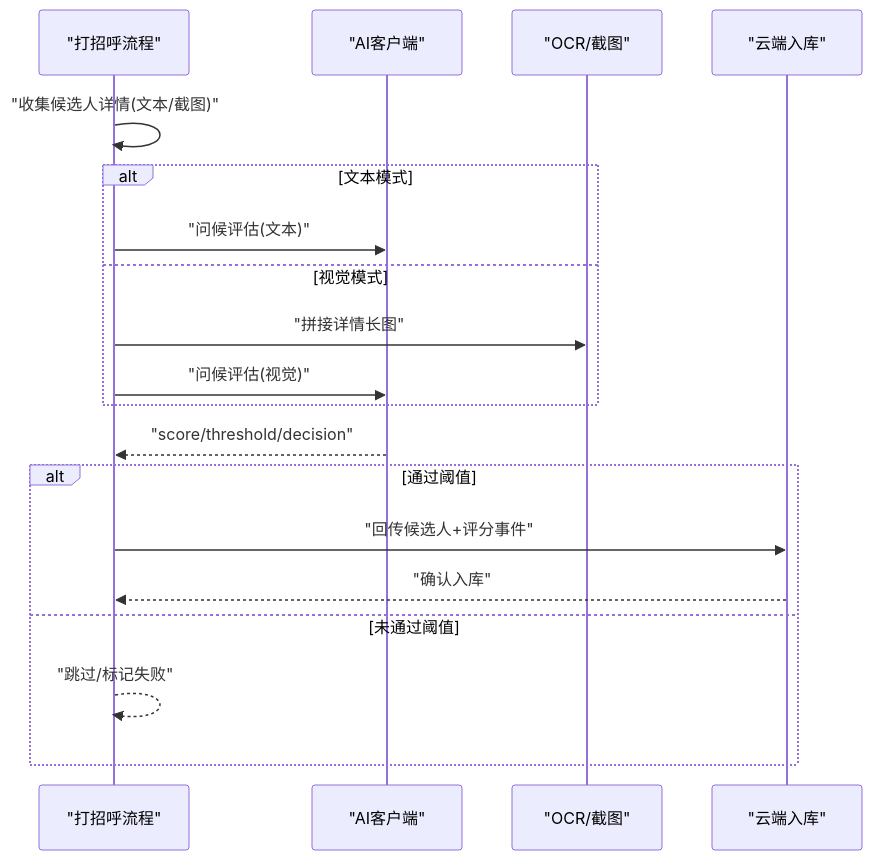
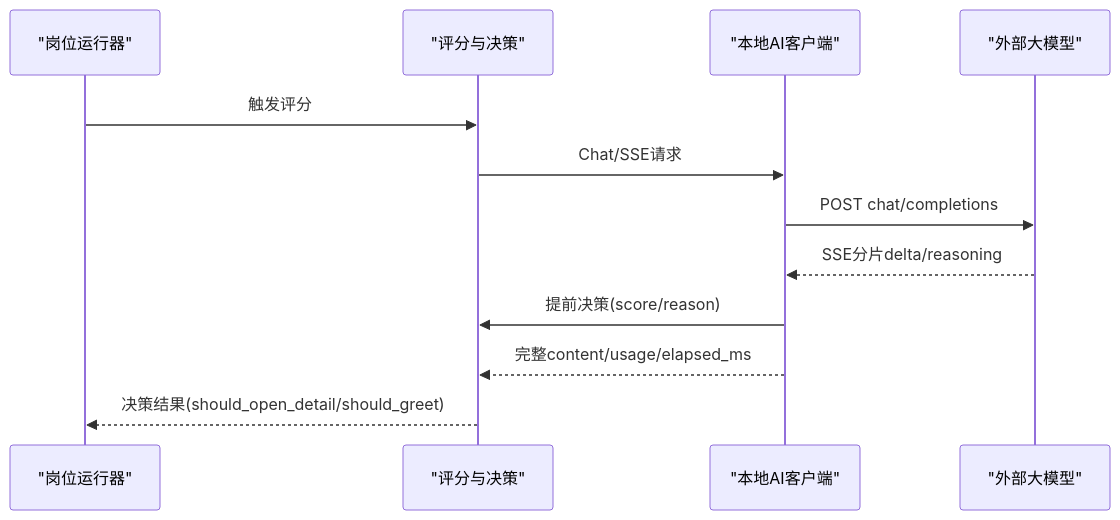
Before and after one commit to alvinwangzi/goodhr: the seventh of 9 diagrams in .qoder/repowiki/zh/content/云端后端服务/候选人处理系统/AI匹配评分/AI评分算法.md, drawn with Mermaid. The commit also changed other lines of this file and 149 other files, not shown here.

````diff
--- a/.qoder/repowiki/zh/content/云端后端服务/候选人处理系统/AI匹配评分/AI评分算法.md
+++ b/.qoder/repowiki/zh/content/云端后端服务/候选人处理系统/AI匹配评分/AI评分算法.md
@@ -193,21 +307,14 @@
 ```mermaid
 sequenceDiagram
-participant Flow as "打招呼流程"
-participant AI as "AI客户端"
-participant OCR as "OCR/截图"
-participant Cloud as "云端入库"
-Flow->>Flow : "收集候选人详情(文本/截图)"
-alt 文本模式
-Flow->>AI : "问候评估(文本)"
-else 视觉模式
-Flow->>OCR : "拼接详情长图"
-Flow->>AI : "问候评估(视觉)"
-end
-AI-->>Flow : "score/threshold/decision"
-alt 通过阈值
-Flow->>Cloud : "回传候选人+评分事件"
-Cloud-->>Flow : "确认入库"
-else 未通过阈值
-Flow-->>Flow : "跳过/标记失败"
-end
+participant Runner as "岗位运行器"
+participant Decision as "评分与决策"
+participant Client as "本地AI客户端"
+participant LLM as "外部大模型"
+Runner->>Decision : 触发评分
+Decision->>Client : Chat/SSE请求
+Client->>LLM : POST chat/completions
+LLM-->>Client : SSE分片delta/reasoning
+Client->>Decision : 提前决策(score/reason)
+Client-->>Decision : 完整content/usage/elapsed_ms
+Decision-->>Runner : 决策结果(should_open_detail/should_greet)
 ```
````
